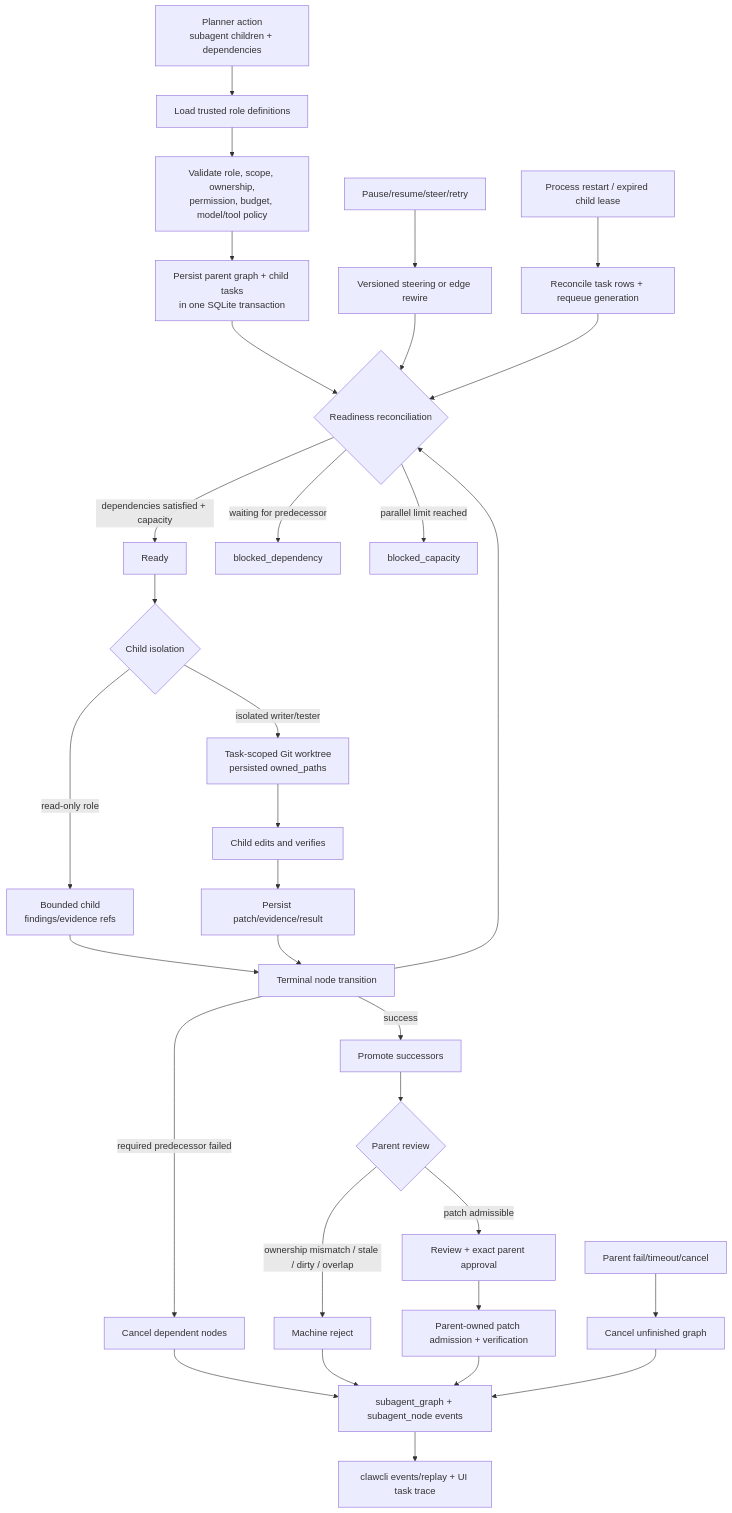
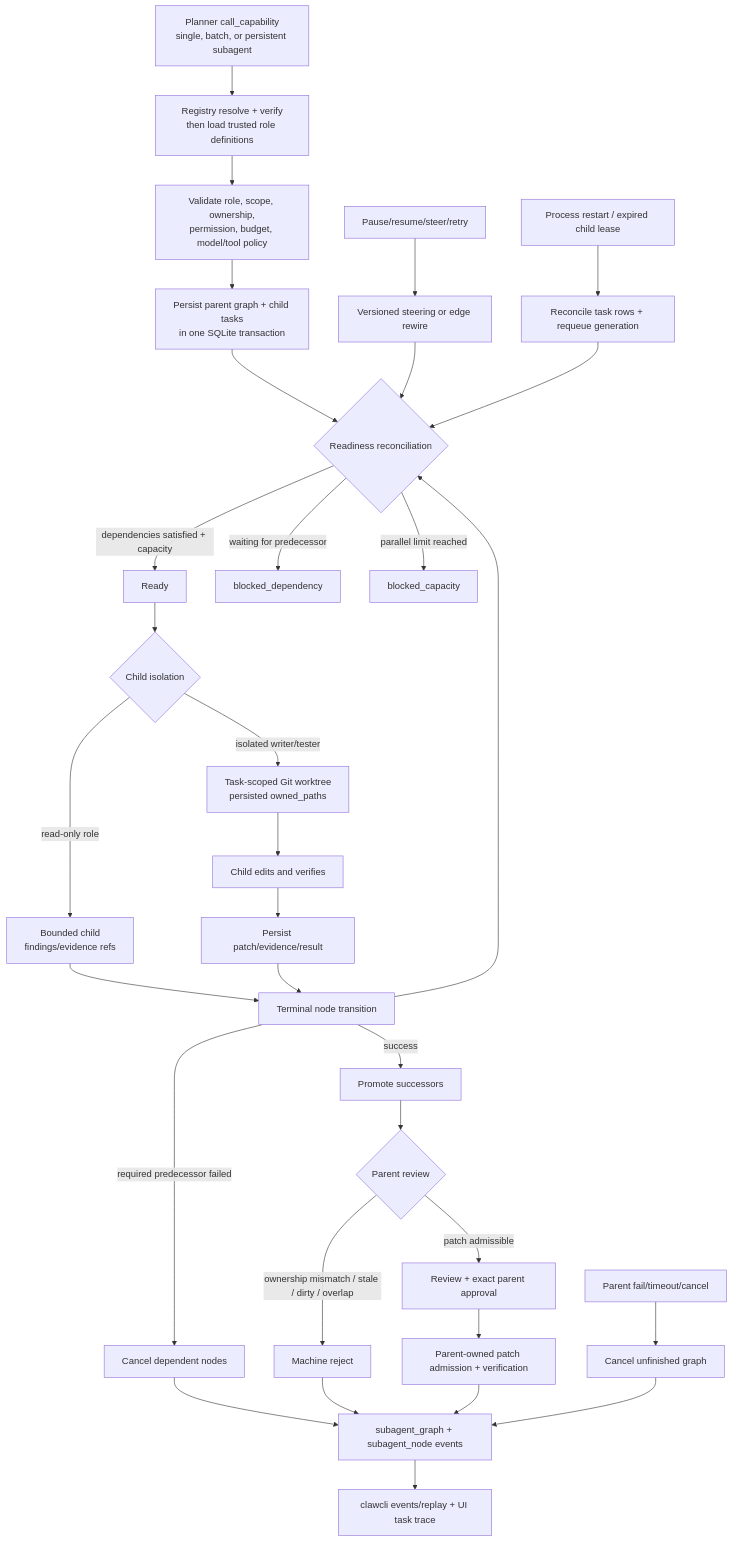
The tenth of 18 diagrams in README.md (MatrixCoreX/RustClaw), drawn with Mermaid before and after one commit. The commit also changed other lines of this file and 45 other files, not shown here.

````diff
--- a/README.md
+++ b/README.md
@@ -686,34 +686,34 @@
 ```mermaid
 flowchart TD
-    A[Planner action<br/>subagent children + dependencies] --> B[Load trusted role definitions]
+    A[Planner call_capability<br/>single, batch, or persistent subagent] --> B[Registry resolve + verify<br/>then load trusted role definitions]
     B --> C[Validate role, scope, ownership,<br/>permission, budget, model/tool policy]
     C --> D[Persist parent graph + child tasks<br/>in one SQLite transaction]
     D --> E{Readiness reconciliation}
     E -->|dependencies satisfied + capacity| F[Ready]
     E -->|waiting for predecessor| G[blocked_dependency]
     E -->|parallel limit reached| H[blocked_capacity]
     F --> I{Child isolation}
     I -->|read-only role| J[Bounded child<br/>findings/evidence refs]
     I -->|isolated writer/tester| K[Task-scoped Git worktree<br/>persisted owned_paths]
     K --> L[Child edits and verifies]
     L --> M[Persist patch/evidence/result]
     J --> N[Terminal node transition]
     M --> N
     N --> E
     N -->|required predecessor failed| O[Cancel dependent nodes]
     N -->|success| P[Promote successors]
     P --> Q{Parent review}
     Q -->|ownership mismatch / stale / dirty / overlap| R[Machine reject]
     Q -->|patch admissible| S[Review + exact parent approval]
     S --> T[Parent-owned patch admission + verification]
     U[Pause/resume/steer/retry] --> V[Versioned steering or edge rewire]
     V --> E
     W[Process restart / expired child lease] --> X[Reconcile task rows + requeue generation]
     X --> E
     Y[Parent fail/timeout/cancel] --> Z[Cancel unfinished graph]
     O --> AA[subagent_graph + subagent_node events]
     R --> AA
     T --> AA
     Z --> AA
     AA --> AB[clawcli events/replay + UI task trace]
 ```
````
